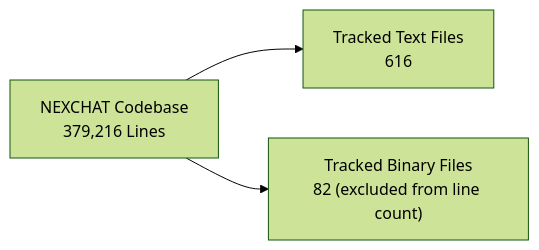
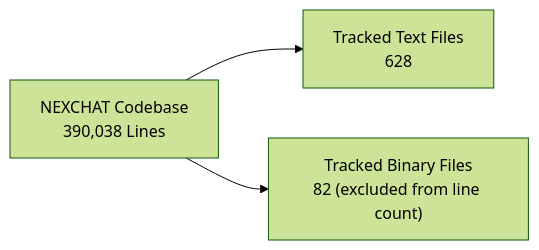
Before and after one commit to alexhack235-code/NEXCHAT: the second of 3 diagrams in count.md, drawn with Mermaid (forest theme). The commit also changed other lines of this file and 19 other files, not shown here.

````diff
--- a/count.md
+++ b/count.md
@@ -78,5 +78,5 @@
 ```mermaid
 flowchart LR
-    ROOT["NEXCHAT Codebase<br/>379,216 Lines"] --> TEXT["Tracked Text Files<br/>616"]
+    ROOT["NEXCHAT Codebase<br/>390,038 Lines"] --> TEXT["Tracked Text Files<br/>628"]
     ROOT --> BINARY["Tracked Binary Files<br/>82 (excluded from line count)"]
 ```
````
